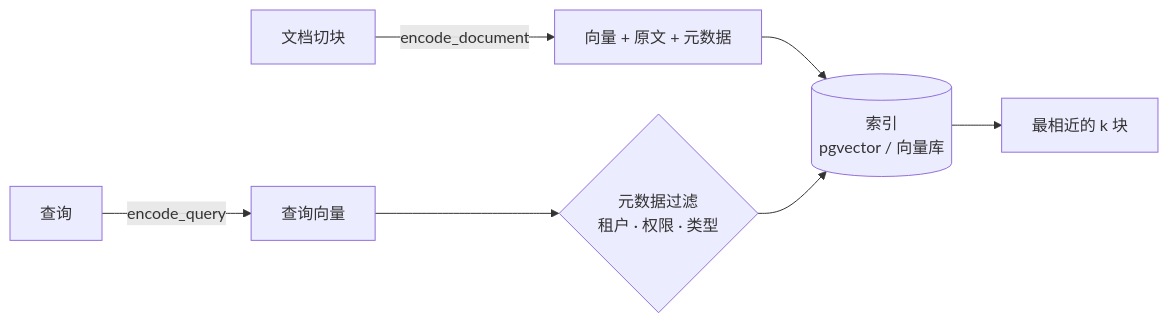
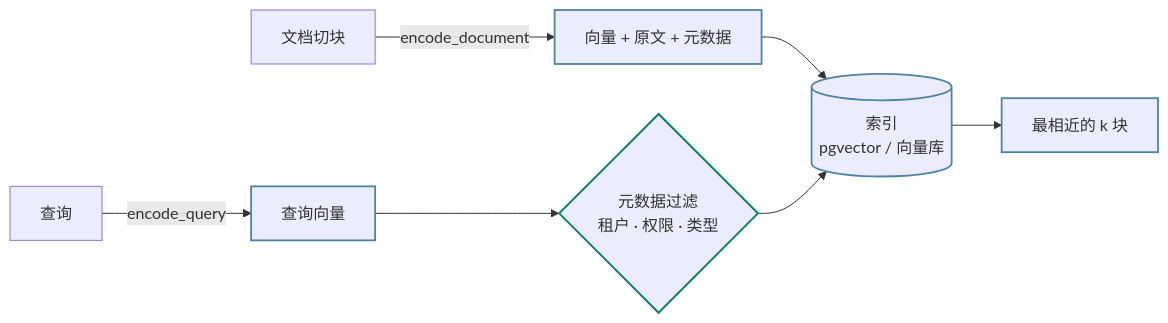
Before and after one commit to lance2016/ai-app-engineering: the diagram in lessons/embeddings-and-vector-search/README.md, drawn with Mermaid. The commit also changed 21 other files, not shown here.

````diff
--- a/lessons/embeddings-and-vector-search/README.md
+++ b/lessons/embeddings-and-vector-search/README.md
@@ -54,9 +54,13 @@
 ```mermaid
 flowchart LR
+    classDef runtime stroke:#0d806b,stroke-width:2px
+    classDef data stroke:#4e83a3,stroke-width:1.8px
     D[文档切块] -->|encode_document| V[向量 + 原文 + 元数据]
     V --> IX[(索引<br/>pgvector / 向量库)]
     Q[查询] -->|encode_query| QV[查询向量]
     QV --> F{元数据过滤<br/>租户 · 权限 · 类型}
     F --> IX
     IX --> R[最相近的 k 块]
+    class V,QV,IX,R data
+    class F runtime
 ```
````
